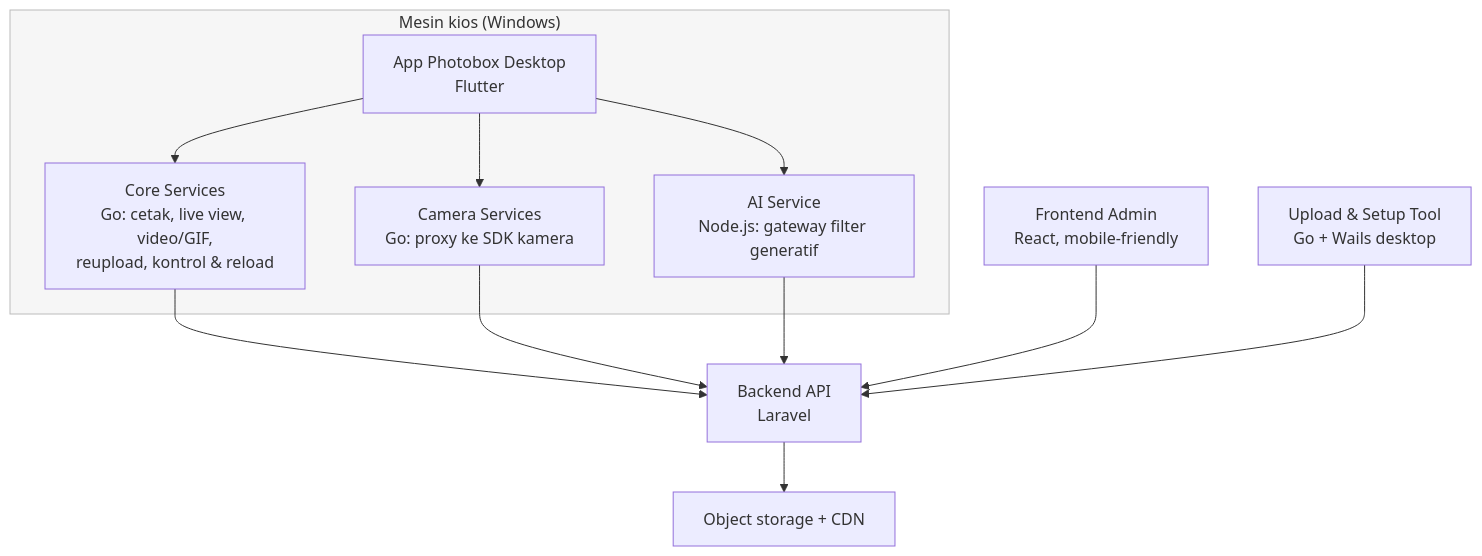
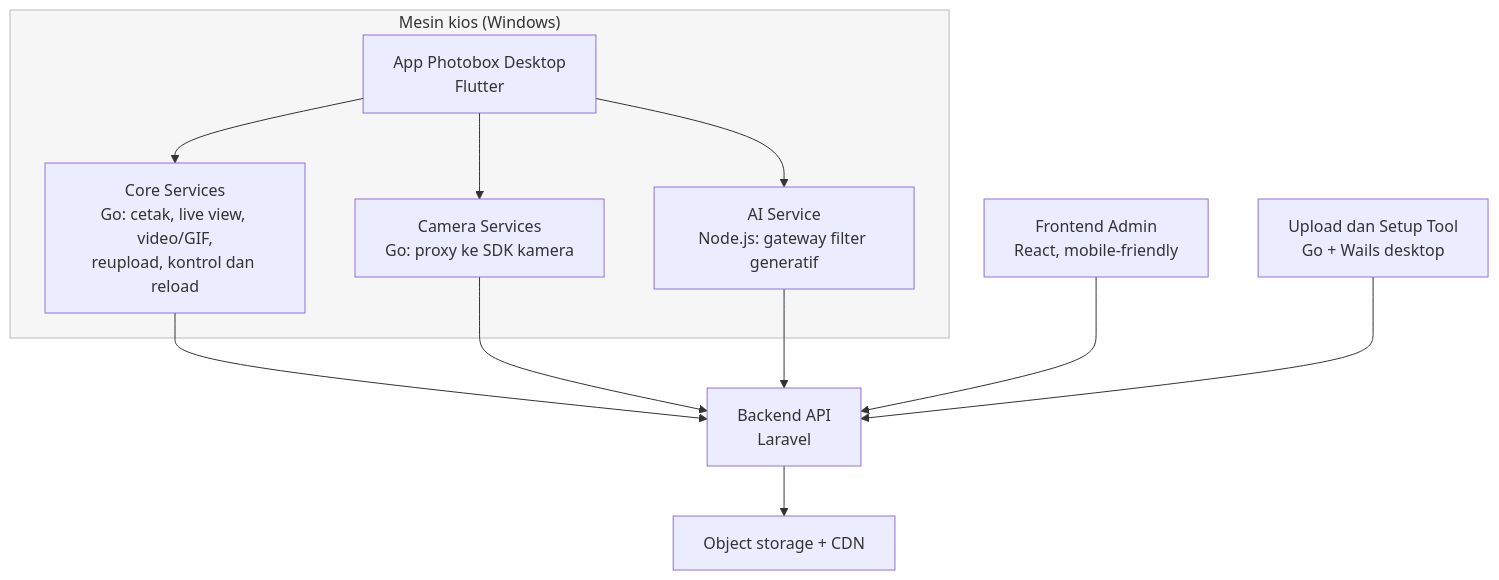
The second of 2 diagrams in README.md (Iman874/monoframe-showcase), drawn with Mermaid before and after one commit.

Commit message:
perbaiki label mermaid agar tidak memakai operator &

````diff
--- a/README.md
+++ b/README.md
@@ -55,22 +55,22 @@
 ```mermaid
 flowchart TB
     subgraph Kiosk["Mesin kios (Windows)"]
       FL[App Photobox Desktop<br/>Flutter]
-      CORE[Core Services<br/>Go: cetak, live view, video/GIF,<br/>reupload, kontrol & reload]
+      CORE[Core Services<br/>Go: cetak, live view, video/GIF,<br/>reupload, kontrol dan reload]
       CAM[Camera Services<br/>Go: proxy ke SDK kamera]
       AIS[AI Service<br/>Node.js: gateway filter generatif]
       FL --> CORE
       FL --> CAM
       FL --> AIS
     end
 
     CORE --> BE[Backend API<br/>Laravel]
     CAM --> BE
     AIS --> BE
     BE --> ST[Object storage + CDN]
 
     ADM[Frontend Admin<br/>React, mobile-friendly] --> BE
-    SETUP[Upload & Setup Tool<br/>Go + Wails desktop] --> BE
+    SETUP[Upload dan Setup Tool<br/>Go + Wails desktop] --> BE
 
     style Kiosk fill:#f6f6f6,stroke:#bbb
 ```
````
